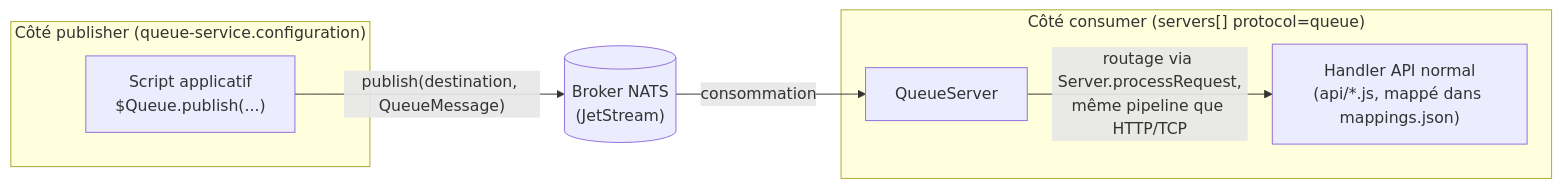
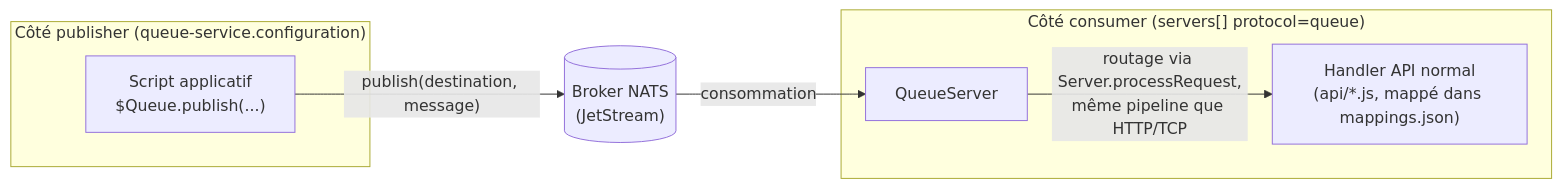
Before and after one commit to asebban/payos-docs: the diagram in developer/queue-setup-guide.md, drawn with Mermaid. The commit also changed other lines of this file and 21 other files, not shown here.

````diff
--- a/developer/queue-setup-guide.md
+++ b/developer/queue-setup-guide.md
@@ -9,15 +13,15 @@
 ```mermaid
 flowchart LR
     subgraph Publisher["Côté publisher (queue-service.configuration)"]
         Script["Script applicatif<br/>$Queue.publish(...)"]
     end
     subgraph Consumer["Côté consumer (servers[] protocol=queue)"]
         QS["QueueServer"]
         Handler["Handler API normal<br/>(api/*.js, mappé dans mappings.json)"]
     end
     NATS[("Broker NATS<br/>(JetStream)")]
 
-    Script -->|"publish(destination, QueueMessage)"| NATS
+    Script -->|"publish(destination, message)"| NATS
     NATS -->|"consommation"| QS
     QS -->|"routage via Server.processRequest,<br/>même pipeline que HTTP/TCP"| Handler
 ```
````
